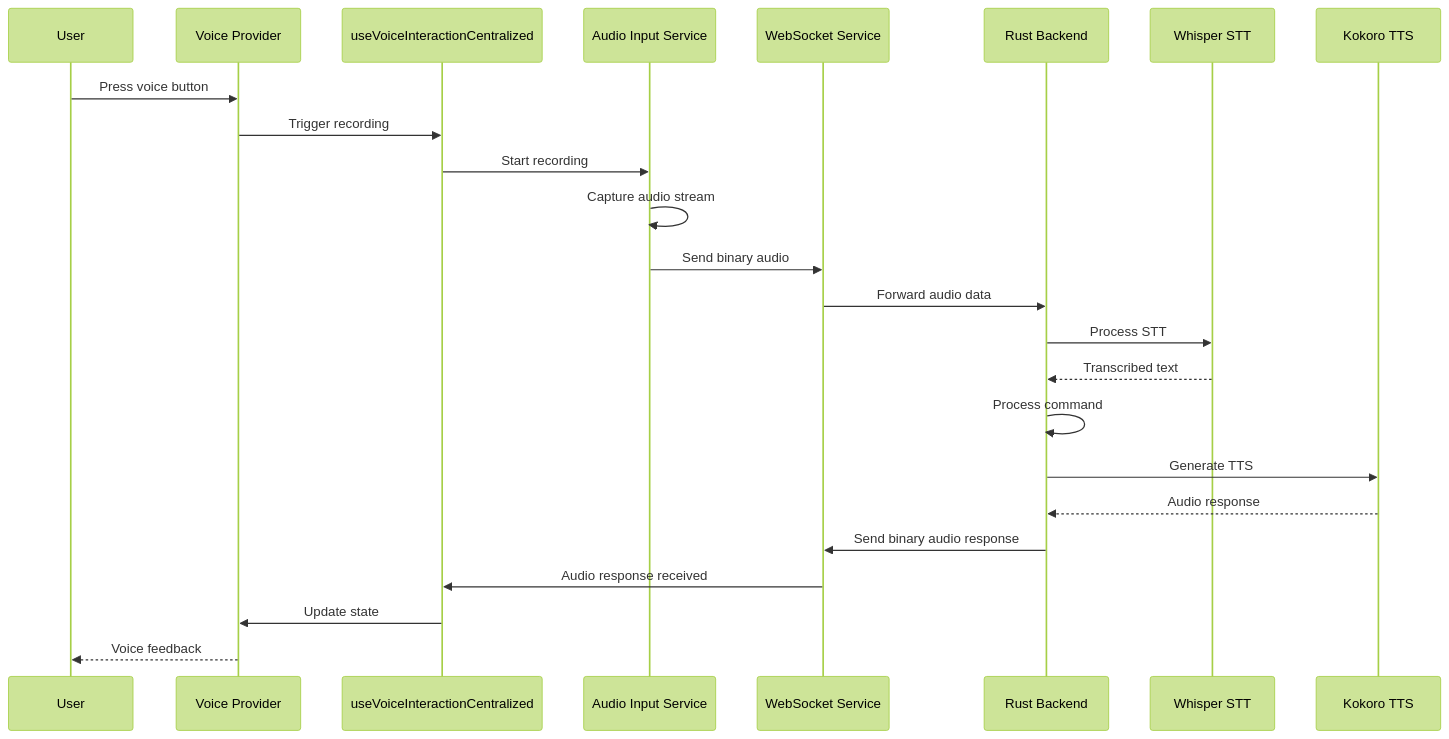
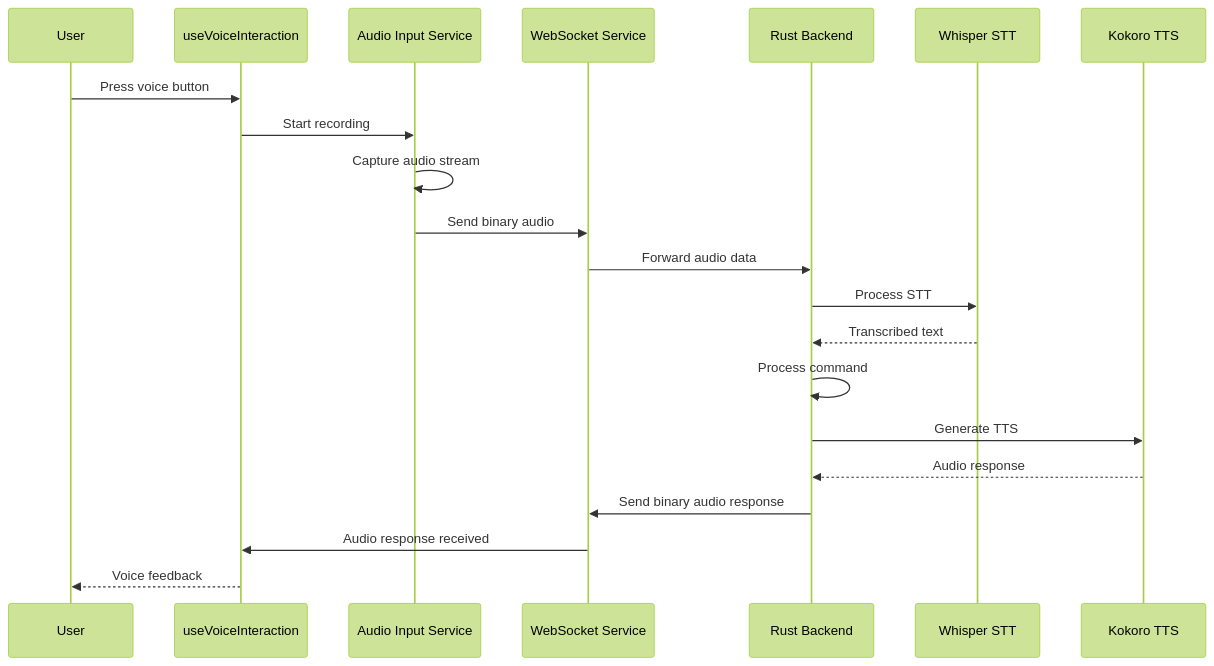
One commit to DreamLab-AI/VisionFlow changed diagram 11 of 14 in docs/client-architecture-current.md. Above: the diagram before and after it, drawn with Mermaid (forest theme). The commit also changed other lines of this file, not shown here.

Commit message:
fully update client diagrams

````diff
--- a/docs/client-architecture-current.md
+++ b/docs/client-architecture-current.md
@@ -731,27 +734,24 @@
 ```mermaid
 sequenceDiagram
     participant User as User
-    participant VoiceProvider as Voice Provider
-    participant CentralHook as useVoiceInteractionCentralized
+    participant LegacyHook as useVoiceInteraction
     participant AudioService as Audio Input Service
     participant WS as WebSocket Service
     participant Backend as Rust Backend
     participant Whisper as Whisper STT
     participant Kokoro as Kokoro TTS
 
-    User->>VoiceProvider: Press voice button
-    VoiceProvider->>CentralHook: Trigger recording
-    CentralHook->>AudioService: Start recording
+    User->>LegacyHook: Press voice button
+    LegacyHook->>AudioService: Start recording
     AudioService->>AudioService: Capture audio stream
     AudioService->>WS: Send binary audio
     WS->>Backend: Forward audio data
     Backend->>Whisper: Process STT
     Whisper-->>Backend: Transcribed text
     Backend->>Backend: Process command
     Backend->>Kokoro: Generate TTS
     Kokoro-->>Backend: Audio response
     Backend->>WS: Send binary audio response
-    WS->>CentralHook: Audio response received
-    CentralHook->>VoiceProvider: Update state
-    VoiceProvider-->>User: Voice feedback
+    WS->>LegacyHook: Audio response received
+    LegacyHook-->>User: Voice feedback
 ```
````
